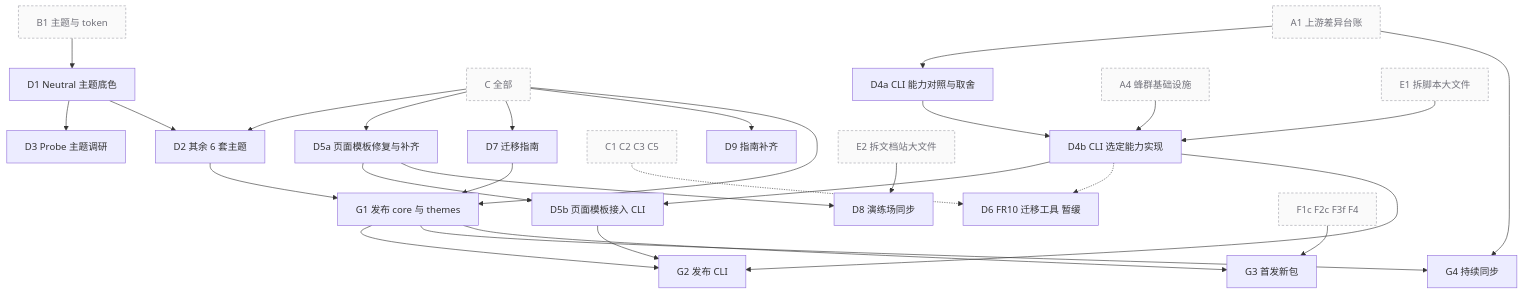
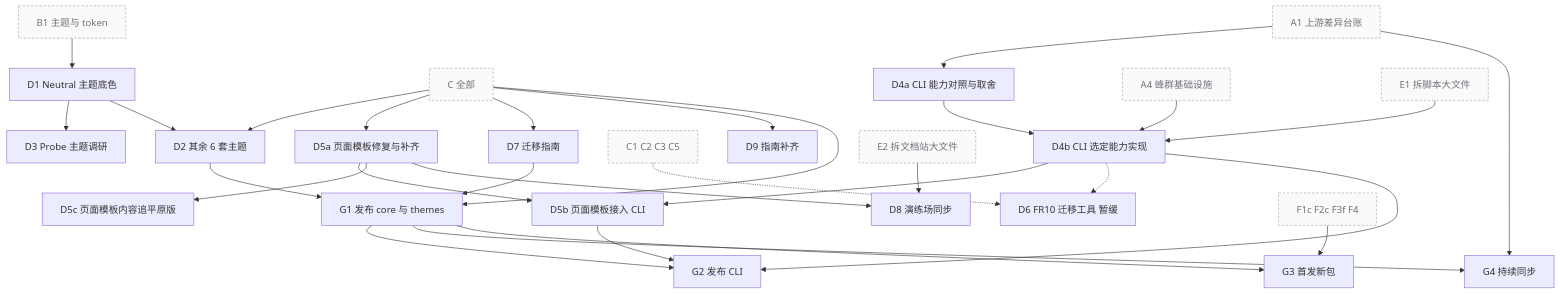
Before and after one commit to astryx-vue/astryx-vue: the fifth of 6 diagrams in .agents-work/upstream-sync-0.7.1/ROADMAP.md, drawn with Mermaid. The commit also changed other lines of this file and 5 other files, not shown here.

````diff
--- a/.agents-work/upstream-sync-0.7.1/ROADMAP.md
+++ b/.agents-work/upstream-sync-0.7.1/ROADMAP.md
@@ -226,26 +227,27 @@
 ```mermaid
 flowchart TB
   classDef ext fill:#fafafa,stroke:#a1a1aa,stroke-dasharray:4 3,color:#71717a
   B1["B1 主题与 token"]:::ext --> D1["D1 Neutral 主题底色"]
   D1 --> D3["D3 Probe 主题调研"]
   CALL["C 全部"]:::ext
   D1 & CALL --> D2["D2 其余 6 套主题"]
   A1["A1 上游差异台账"]:::ext --> D4a["D4a CLI 能力对照与取舍"]
   D4a --> D4b["D4b CLI 选定能力实现"]
   A4["A4 蜂群基础设施"]:::ext --> D4b
   E1["E1 拆脚本大文件"]:::ext --> D4b
   CALL --> D5a["D5a 页面模板修复与补齐"]
   D5a & D4b --> D5b["D5b 页面模板接入 CLI"]
+  D5a --> D5c["D5c 页面模板内容追平原版"]
   D4b -.-> D6["D6 FR10 迁移工具 暂缓"]
   C1235["C1 C2 C3 C5"]:::ext -.-> D6
   CALL --> D7["D7 迁移指南"]
   CALL --> D9["D9 指南补齐"]
   D5a --> D8["D8 演练场同步"]
   E2["E2 拆文档站大文件"]:::ext --> D8
   CALL & D2 & D7 --> G1["G1 发布 core 与 themes"]
   G1 & D4b & D5b --> G2["G2 发布 CLI"]
   A1 --> G4["G4 持续同步"]
   G1 --> G4
   G1 --> G3["G3 首发新包"]
   FDOC["F1c F2c F3f F4"]:::ext --> G3
 ```
````
